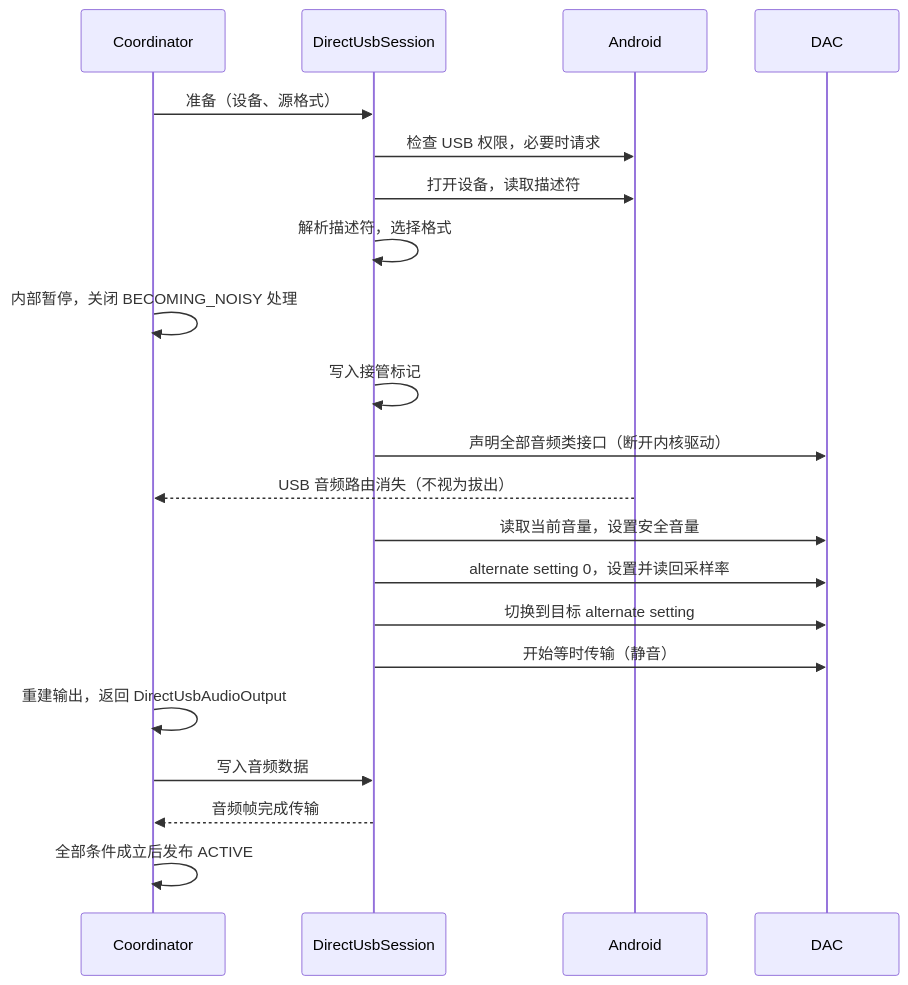
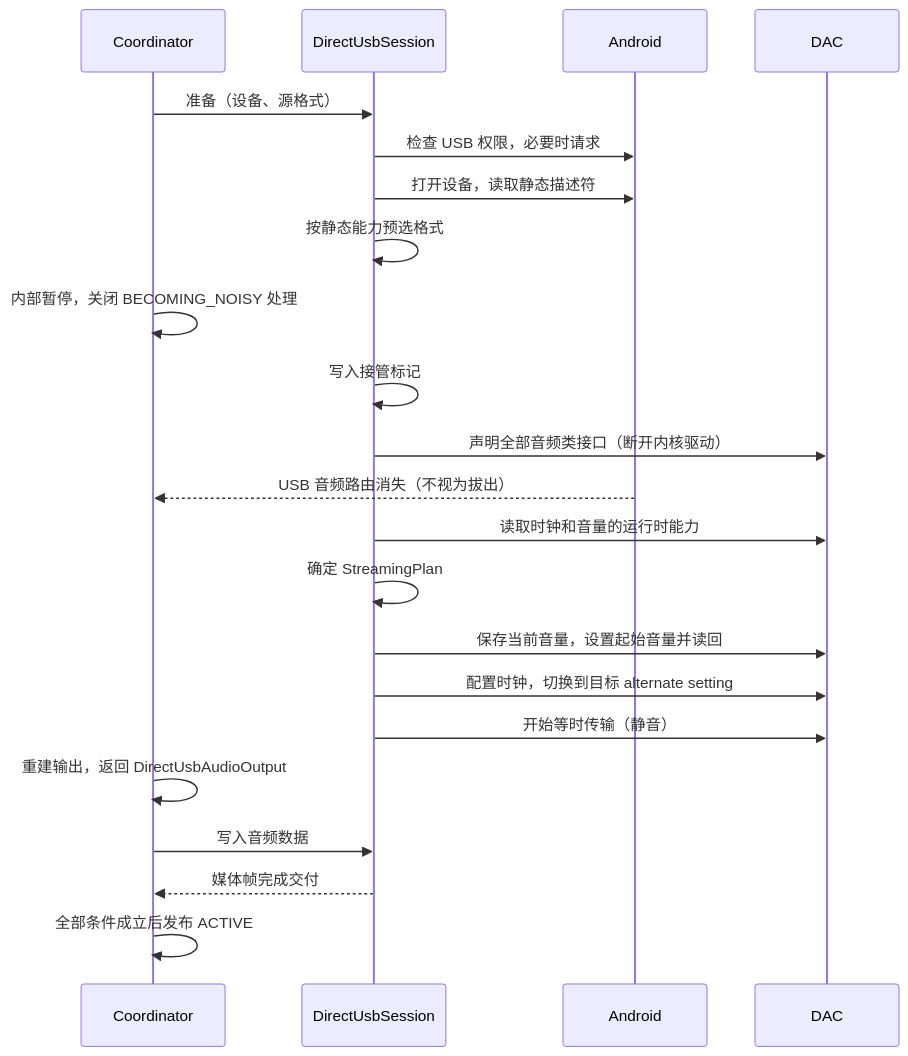
The second of 4 diagrams in docs/M7_USB_ARCHITECTURE.md (Sumire-no-kai/Vesqen), drawn with Mermaid before and after one commit. The commit also changed other lines of this file and 4 other files, not shown here.

First line of the commit message:
docs(m7): revise the USB architecture after review

````diff
--- a/docs/M7_USB_ARCHITECTURE.md
+++ b/docs/M7_USB_ARCHITECTURE.md
@@ -124,23 +219,24 @@
 ```mermaid
 sequenceDiagram
     participant C as Coordinator
     participant S as DirectUsbSession
     participant A as Android
     participant D as DAC
     C->>S: 准备（设备、源格式）
     S->>A: 检查 USB 权限，必要时请求
-    S->>A: 打开设备，读取描述符
-    S->>S: 解析描述符，选择格式
+    S->>A: 打开设备，读取静态描述符
+    S->>S: 按静态能力预选格式
     C->>C: 内部暂停，关闭 BECOMING_NOISY 处理
     S->>S: 写入接管标记
     S->>D: 声明全部音频类接口（断开内核驱动）
     A-->>C: USB 音频路由消失（不视为拔出）
-    S->>D: 读取当前音量，设置安全音量
-    S->>D: alternate setting 0，设置并读回采样率
-    S->>D: 切换到目标 alternate setting
+    S->>D: 读取时钟和音量的运行时能力
+    S->>S: 确定 StreamingPlan
+    S->>D: 保存当前音量，设置起始音量并读回
+    S->>D: 配置时钟，切换到目标 alternate setting
     S->>D: 开始等时传输（静音）
     C->>C: 重建输出，返回 DirectUsbAudioOutput
     C->>S: 写入音频数据
-    S-->>C: 音频帧完成传输
+    S-->>C: 媒体帧完成交付
     C->>C: 全部条件成立后发布 ACTIVE
 ```
````
